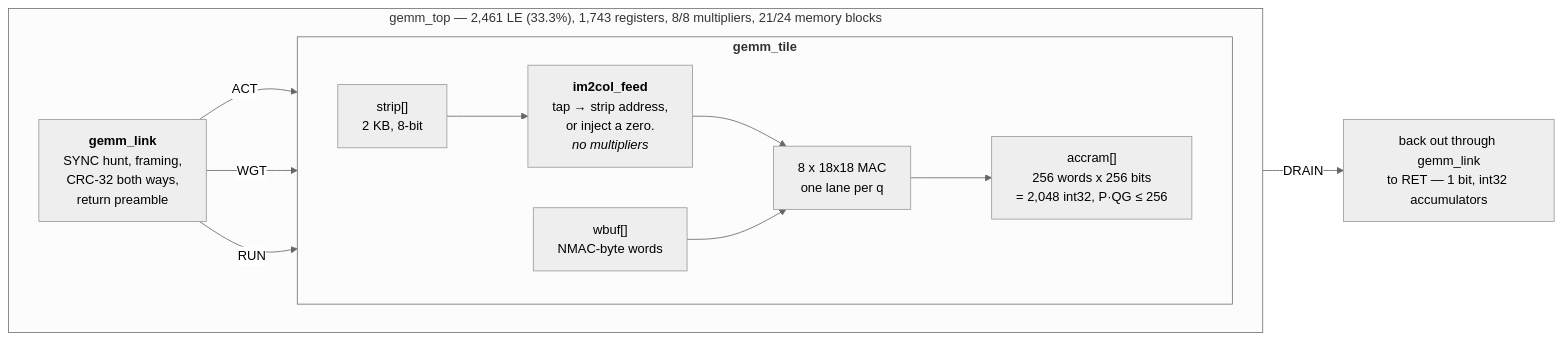
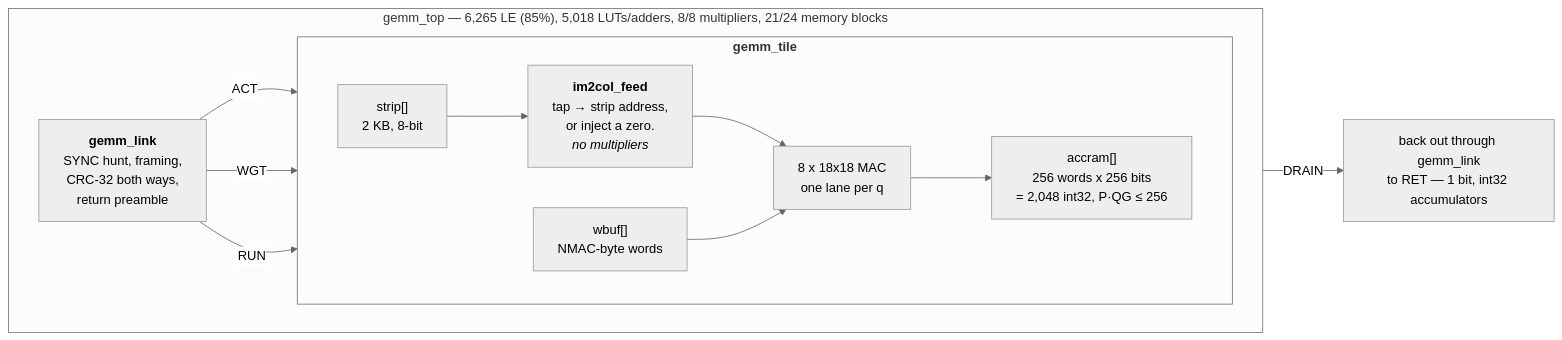
Before and after one commit to kazunori279/fpga-open-vocab: the seventh of 10 diagrams in docs/architecture.md, drawn with Mermaid (neutral theme). The commit also changed other lines of this file and 7 other files, not shown here.

````diff
--- a/docs/architecture.md
+++ b/docs/architecture.md
@@ -515,24 +515,24 @@
 ```mermaid
 flowchart LR
-  subgraph GT["gemm_top — 2,461 LE (33.3%), 1,743 registers, 8/8 multipliers, 21/24 memory blocks"]
+  subgraph GT["gemm_top — 6,265 LE (85%), 5,018 LUTs/adders, 8/8 multipliers, 21/24 memory blocks"]
     direction LR
     LINK["<b>gemm_link</b><br/>SYNC hunt, framing,<br/>CRC-32 both ways,<br/>return preamble"]
     subgraph TL["<b>gemm_tile</b>"]
       direction LR
       STRIP["strip[]<br/>2 KB, 8-bit"]
       WBUF["wbuf[]<br/>NMAC-byte words"]
       FEED["<b>im2col_feed</b><br/>tap → strip address,<br/>or inject a zero.<br/><i>no multipliers</i>"]
       MAC["8 x 18x18 MAC<br/>one lane per q"]
       ACC["accram[]<br/>256 words x 256 bits<br/>= 2,048 int32, P·QG ≤ 256"]
     end
   end
   RET["back out through gemm_link<br/>to RET — 1 bit, int32 accumulators"]
   LINK -->|ACT| STRIP
   LINK -->|WGT| WBUF
   LINK -->|RUN| FEED
   STRIP --> FEED
   FEED --> MAC
   WBUF --> MAC
   MAC --> ACC
   ACC -->|DRAIN| RET
 ```
````
